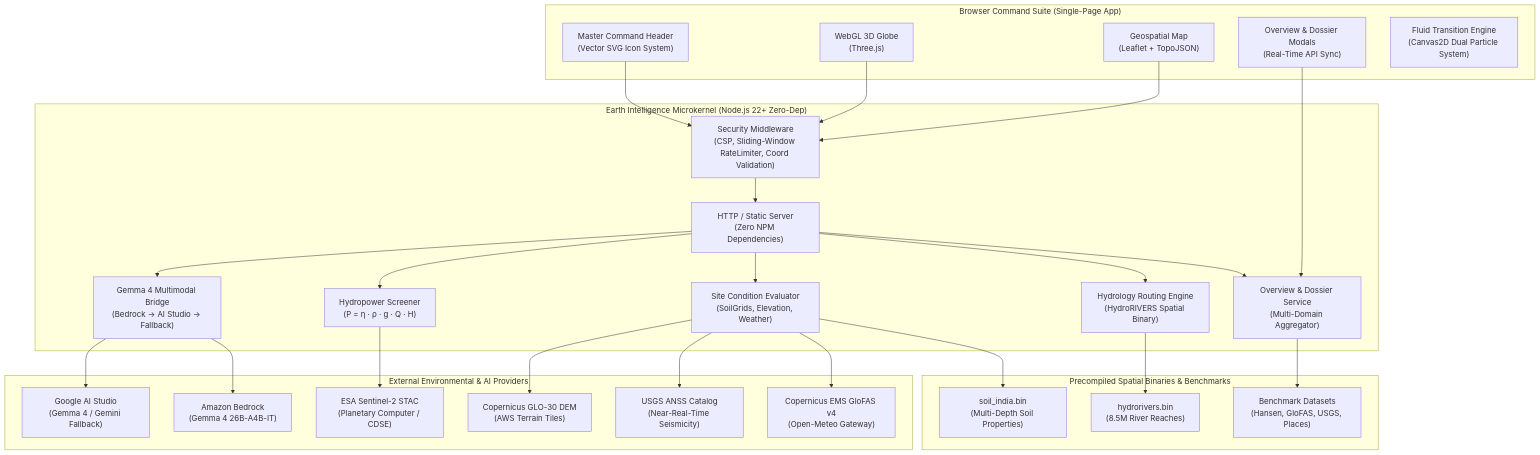
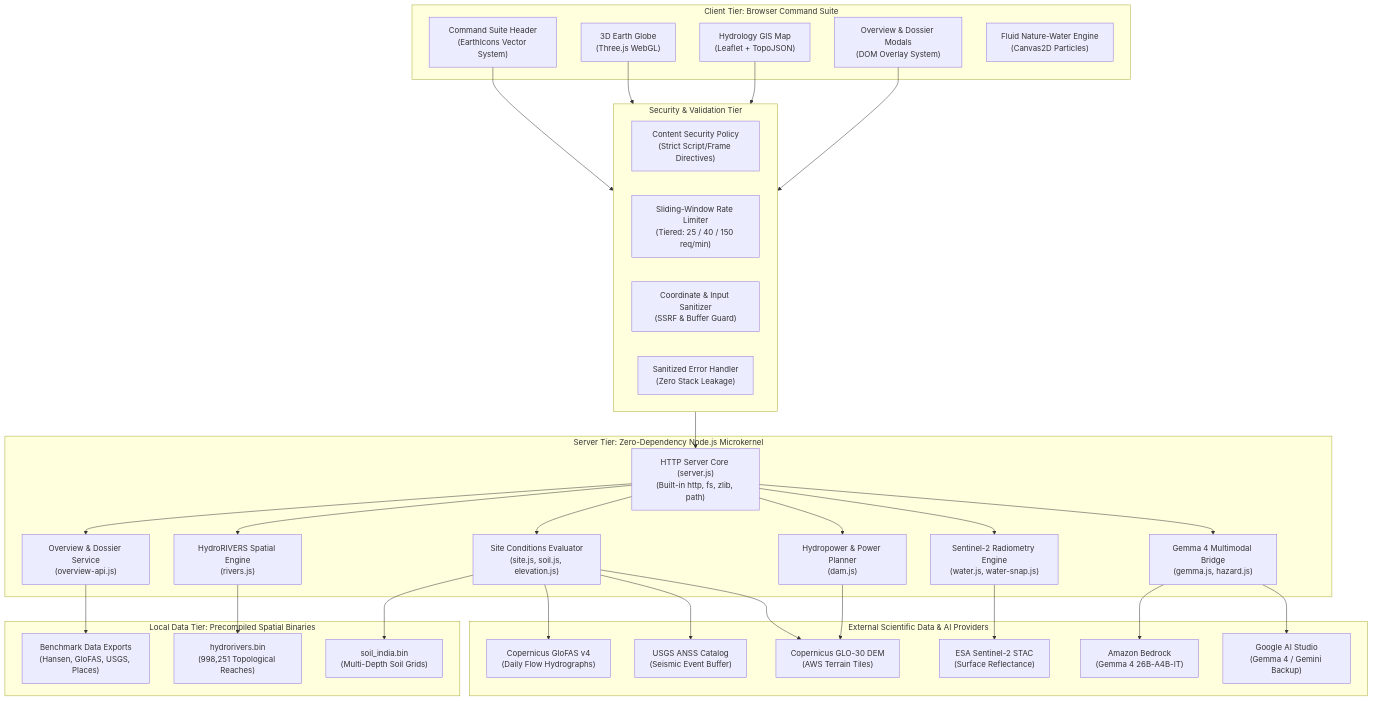
Before and after one commit to dr5t/Earth-Intelligence: the first of 2 diagrams in README.md, drawn with Mermaid. The commit also changed other lines of this file and 9 other files, not shown here.

````diff
--- a/README.md
+++ b/README.md
@@ -104,58 +215,67 @@
 ```mermaid
 graph TB
-    subgraph Client ["Browser Command Suite (Single-Page App)"]
-        UI["Master Command Header<br/>(Vector SVG Icon System)"]
-        Three["WebGL 3D Globe<br/>(Three.js)"]
-        Leaflet["Geospatial Map<br/>(Leaflet + TopoJSON)"]
-        HUD["Overview & Dossier Modals<br/>(Real-Time API Sync)"]
-        Canvas["Fluid Transition Engine<br/>(Canvas2D Dual Particle System)"]
+    subgraph Client ["Client Tier: Browser Command Suite"]
+        Header["Command Suite Header<br/>(EarthIcons Vector System)"]
+        Globe["3D Earth Globe<br/>(Three.js WebGL)"]
+        RiverMap["Hydrology GIS Map<br/>(Leaflet + TopoJSON)"]
+        HUD["Overview & Dossier Modals<br/>(DOM Overlay System)"]
+        TransitionEngine["Fluid Nature-Water Engine<br/>(Canvas2D Particles)"]
     end
 
-    subgraph Server ["Earth Intelligence Microkernel (Node.js 22+ Zero-Dep)"]
-        HTTP["HTTP / Static Server<br/>(Zero NPM Dependencies)"]
-        Sec["Security Middleware<br/>(CSP, Sliding-Window RateLimiter, Coord Validation)"]
-        OverviewAPI["Overview & Dossier Service<br/>(Multi-Domain Aggregator)"]
-        RiverEngine["Hydrology Routing Engine<br/>(HydroRIVERS Spatial Binary)"]
-        SiteEngine["Site Condition Evaluator<br/>(SoilGrids, Elevation, Weather)"]
-        DamEngine["Hydropower Screener<br/>(P = η · ρ · g · Q · H)"]
-        GemmaBridge["Gemma 4 Multimodal Bridge<br/>(Bedrock → AI Studio → Fallback)"]
+    subgraph Security ["Security & Validation Tier"]
+        CSP["Content Security Policy<br/>(Strict Script/Frame Directives)"]
+        RateLimiter["Sliding-Window Rate Limiter<br/>(Tiered: 25 / 40 / 150 req/min)"]
+        Sanitizer["Coordinate & Input Sanitizer<br/>(SSRF & Buffer Guard)"]
+        ErrorHandler["Sanitized Error Handler<br/>(Zero Stack Leakage)"]
     end
 
-    subgraph Data ["Precompiled Spatial Binaries & Benchmarks"]
-        HydroBin["hydrorivers.bin<br/>(8.5M River Reaches)"]
-        SoilBin["soil_india.bin<br/>(Multi-Depth Soil Properties)"]
-        CSV["Benchmark Datasets<br/>(Hansen, GloFAS, USGS, Places)"]
+    subgraph Server ["Server Tier: Zero-Dependency Node.js Microkernel"]
+        ServerCore["HTTP Server Core (server.js)<br/>(Built-in http, fs, zlib, path)"]
+        OverviewAPI["Overview & Dossier Service<br/>(overview-api.js)"]
+        RiversAPI["HydroRIVERS Spatial Engine<br/>(rivers.js)"]
+        SiteAPI["Site Conditions Evaluator<br/>(site.js, soil.js, elevation.js)"]
+        DamAPI["Hydropower & Power Planner<br/>(dam.js)"]
+        WaterAPI["Sentinel-2 Radiometry Engine<br/>(water.js, water-snap.js)"]
+        GemmaBridge["Gemma 4 Multimodal Bridge<br/>(gemma.js, hazard.js)"]
     end
 
-    subgraph External ["External Environmental & AI Providers"]
-        GloFAS["Copernicus EMS GloFAS v4<br/>(Open-Meteo Gateway)"]
-        USGS["USGS ANSS Catalog<br/>(Near-Real-Time Seismicity)"]
-        S2["ESA Sentinel-2 STAC<br/>(Planetary Computer / CDSE)"]
-        DEM["Copernicus GLO-30 DEM<br/>(AWS Terrain Tiles)"]
-        Bedrock["Amazon Bedrock<br/>(Gemma 4 26B-A4B-IT)"]
-        AIStudio["Google AI Studio<br/>(Gemma 4 / Gemini Fallback)"]
+    subgraph SpatialData ["Local Data Tier: Precompiled Spatial Binaries"]
+        HydroBin["hydrorivers.bin<br/>(998,251 Topological Reaches)"]
+        SoilBin["soil_india.bin<br/>(Multi-Depth Soil Grids)"]
+        CSVData["Benchmark Data Exports<br/>(Hansen, GloFAS, USGS, Places)"]
     end
 
-    UI --> Sec
-    HUD --> OverviewAPI
-    Three --> Sec
-    Leaflet --> Sec
+    subgraph ExternalProviders ["External Scientific Data & AI Providers"]
+        GloFAS["Copernicus GloFAS v4<br/>(Daily Flow Hydrographs)"]
+        USGS["USGS ANSS Catalog<br/>(Seismic Event Buffer)"]
+        CopernicusDEM["Copernicus GLO-30 DEM<br/>(AWS Terrain Tiles)"]
+        SentinelSTAC["ESA Sentinel-2 STAC<br/>(Surface Reflectance)"]
+        Bedrock["Amazon Bedrock<br/>(Gemma 4 26B-A4B-IT)"]
+        AIStudio["Google AI Studio<br/>(Gemma 4 / Gemini Backup)"]
+    end
 
-    Sec --> HTTP
-    HTTP --> OverviewAPI
-    HTTP --> RiverEngine
-    HTTP --> SiteEngine
-    HTTP --> DamEngine
-    HTTP --> GemmaBridge
+    Header --> Security
+    Globe --> Security
+    RiverMap --> Security
+    HUD --> Security
 
-    RiverEngine --> HydroBin
-    SiteEngine --> SoilBin
-    OverviewAPI --> CSV
+    Security --> ServerCore
 
-    SiteEngine --> GloFAS
-    SiteEngine --> USGS
-    SiteEngine --> DEM
+    ServerCore --> OverviewAPI
+    ServerCore --> RiversAPI
+    ServerCore --> SiteAPI
+    ServerCore --> DamAPI
+    ServerCore --> WaterAPI
+    ServerCore --> GemmaBridge
+
+    OverviewAPI --> CSVData
+    RiversAPI --> HydroBin
+    SiteAPI --> SoilBin
+    SiteAPI --> GloFAS
+    SiteAPI --> USGS
+    SiteAPI --> CopernicusDEM
+    DamAPI --> CopernicusDEM
+    WaterAPI --> SentinelSTAC
     GemmaBridge --> Bedrock
     GemmaBridge --> AIStudio
-    DamEngine --> S2
 ```
````
